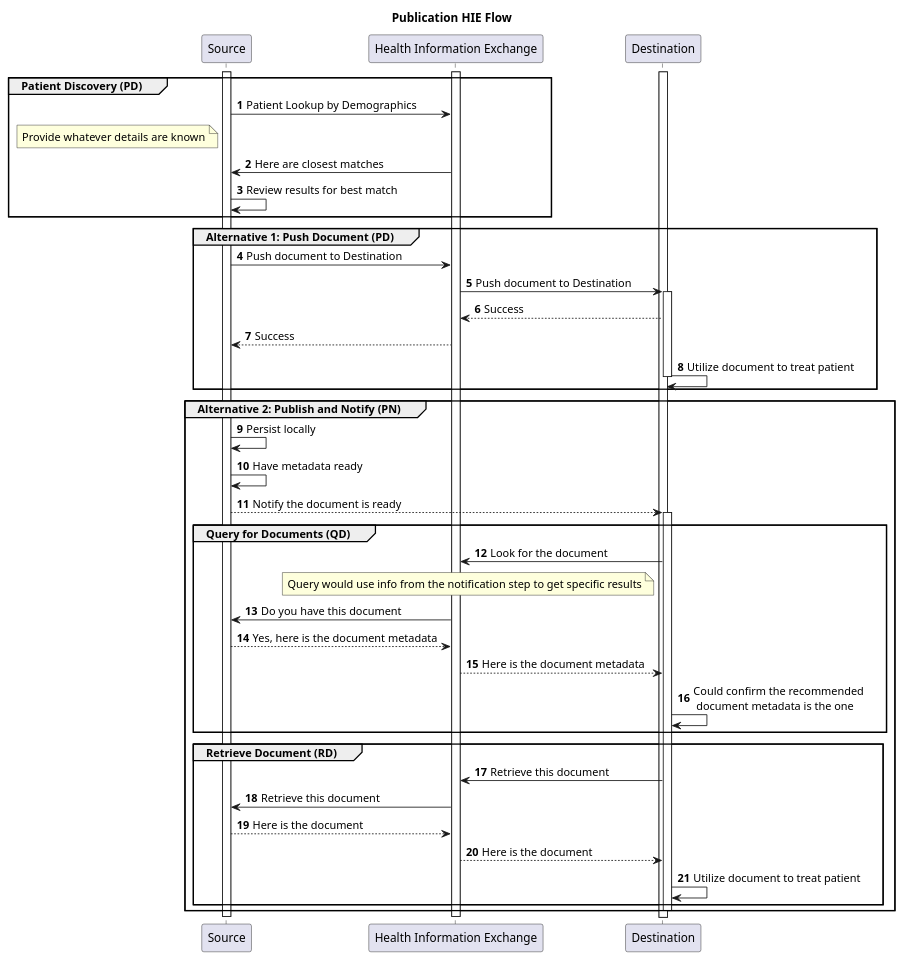
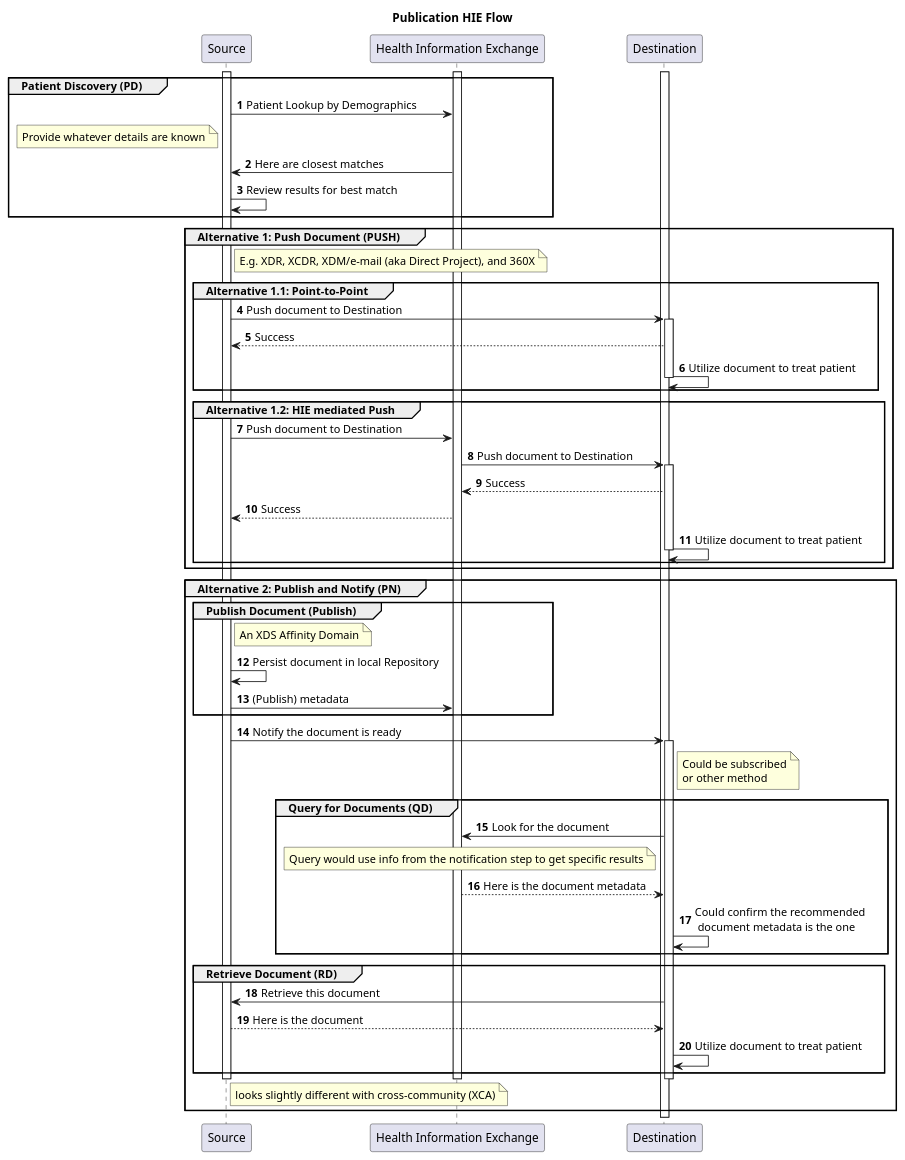
The diagram in input/images-source/usecase00-processflow.plantuml (IHE/EMS-Overall), drawn with PlantUML before and after one commit. The commit also changed 1 other file, not shown here.

```diff
--- a/input/images-source/usecase00-processflow.plantuml
+++ b/input/images-source/usecase00-processflow.plantuml
@@ -1,58 +1,70 @@
 @startuml
 skinparam svgDimensionStyle false
 title Publication HIE Flow
 participant "Source" as Source
 participant "Health Information Exchange" as HIE [[https://profiles.ihe.net/ITI/HIE-Whitepaper/index.html HIE-Whitepaper]]
 participant "Destination" as Destination
 autonumber
 activate Source
 activate HIE
 activate Destination
 
 group Patient Discovery (PD)
-Source -> HIE: Patient Lookup by Demographics
-Note left of Source: Provide whatever details are known
-Source <- HIE: Here are closest matches
-Source -> Source: Review results for best match
+    Source -> HIE: Patient Lookup by Demographics
+    Note left of Source: Provide whatever details are known
+    Source <- HIE: Here are closest matches
+    Source -> Source: Review results for best match
 end group
 
-group Alternative 1: Push Document (PD)
-Source -> HIE: Push document to Destination
-HIE -> Destination: Push document to Destination
-activate Destination
-HIE <-- Destination: Success
-Source <-- HIE: Success
-Destination -> Destination: Utilize document to treat patient
-deactivate Destination
+group Alternative 1: Push Document (PUSH)
+note right of Source: E.g. XDR, XCDR, XDM/e-mail (aka Direct Project), and 360X
+    group Alternative 1.1: Point-to-Point 
+        Source -> Destination: Push document to Destination
+        activate Destination
+        Source <-- Destination: Success
+        Destination -> Destination: Utilize document to treat patient
+        deactivate Destination
+    end group
+    group Alternative 1.2: HIE mediated Push
+        Source -> HIE: Push document to Destination
+        HIE -> Destination: Push document to Destination
+        activate Destination
+        HIE <-- Destination: Success
+        Source <-- HIE: Success
+        Destination -> Destination: Utilize document to treat patient
+        deactivate Destination
+    end group
 end group
 
 group Alternative 2: Publish and Notify (PN)
-Source -> Source: Persist locally
-Source -> Source: Have metadata ready
 
-Source --> Destination: Notify the document is ready
-activate Destination
+    group Publish Document (Publish) 
+        note right of Source: An XDS Affinity Domain
+        Source -> Source: Persist document in local Repository
+        Source -> HIE: (Publish) metadata
+    end group 
 
-group Query for Documents (QD)
-Destination -> HIE: Look for the document
-Note left of Destination: Query would use info from the notification step to get specific results
-HIE -> Source: Do you have this document
-HIE <-- Source: Yes, here is the document metadata
-Destination <-- HIE: Here is the document metadata
-Destination -> Destination: Could confirm the recommended\n document metadata is the one
+    Source -> Destination: Notify the document is ready
+    Note right of Destination: Could be subscribed\nor other method
+    activate Destination
+
+    group Query for Documents (QD)
+        Destination -> HIE: Look for the document
+        Note left of Destination: Query would use info from the notification step to get specific results
+
+        Destination <-- HIE: Here is the document metadata
+        Destination -> Destination: Could confirm the recommended\n document metadata is the one
+    end group
+
+    group Retrieve Document (RD)
+        Destination -> Source: Retrieve this document
+        Destination <-- Source: Here is the document
+        Destination -> Destination: Utilize document to treat patient
+    end group
+    deactivate Destination
+
+    deactivate HIE
+    deactivate Source
+note right of Source: looks slightly different with cross-community (XCA)
 end group
-
-group Retrieve Document (RD)
-Destination -> HIE: Retrieve this document
-HIE -> Source: Retrieve this document
-HIE <-- Source: Here is the document
-Destination <-- HIE: Here is the document
-Destination -> Destination: Utilize document to treat patient
-end group
-deactivate Destination
-end group
-
-deactivate HIE
-deactivate Source
-
 @enduml
```
